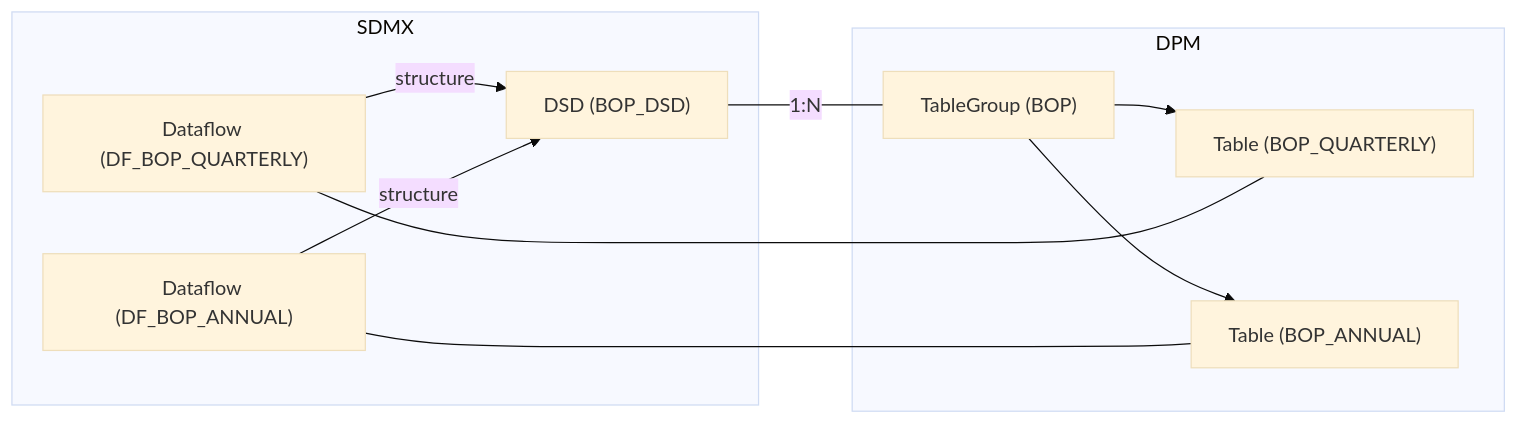
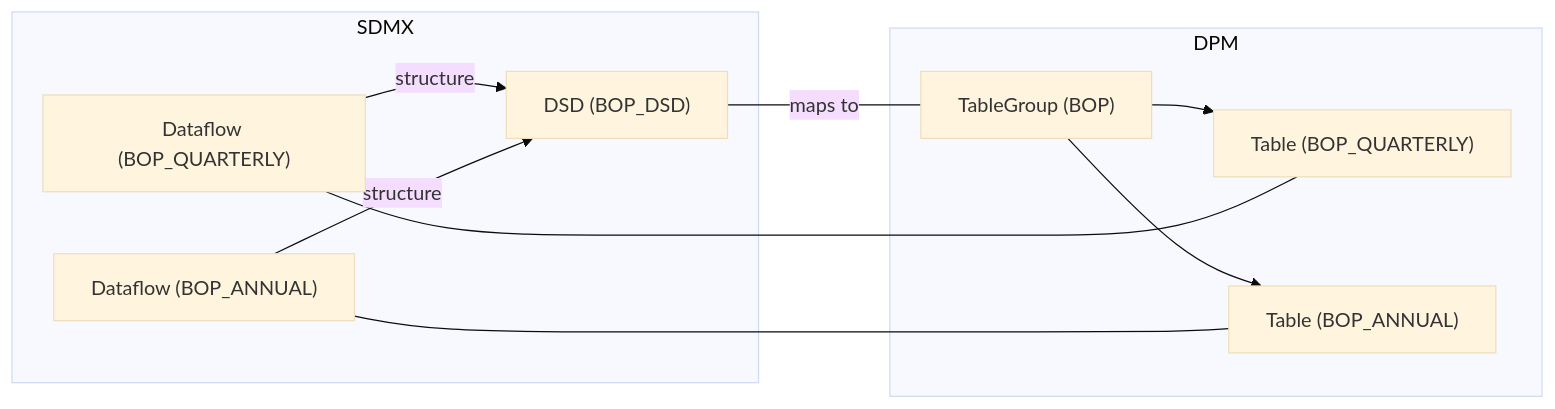
One commit to sdmx-twg/wp-sdmx-dpm changed the second of 3 diagrams in docs/models-relationships/02_data_definition/03_detailed_mapping_rules.md. Above: the diagram before and after it, drawn with Mermaid (base theme). The commit also changed other lines of this file, not shown here.

````diff
--- a/docs/models-relationships/02_data_definition/03_detailed_mapping_rules.md
+++ b/docs/models-relationships/02_data_definition/03_detailed_mapping_rules.md
@@ -186,20 +81,20 @@
 ```mermaid
 flowchart LR
     subgraph SDMX
         DSD["DSD (BOP_DSD)"]
-        DF_Q["Dataflow (DF_BOP_QUARTERLY)"]
-        DF_A["Dataflow (DF_BOP_ANNUAL)"]
+        DF_Q["Dataflow (BOP_QUARTERLY)"]
+        DF_A["Dataflow (BOP_ANNUAL)"]
         DF_Q -->|structure| DSD
         DF_A -->|structure| DSD
     end
     subgraph DPM
         TG["TableGroup (BOP)"]
         T_Q["Table (BOP_QUARTERLY)"]
         T_A["Table (BOP_ANNUAL)"]
         TG --> T_Q
         TG --> T_A
     end
-    DSD ---|"1:N"| TG
+    DSD ---|"maps to"| TG
     DF_Q --- T_Q
     DF_A --- T_A
 ```
````
